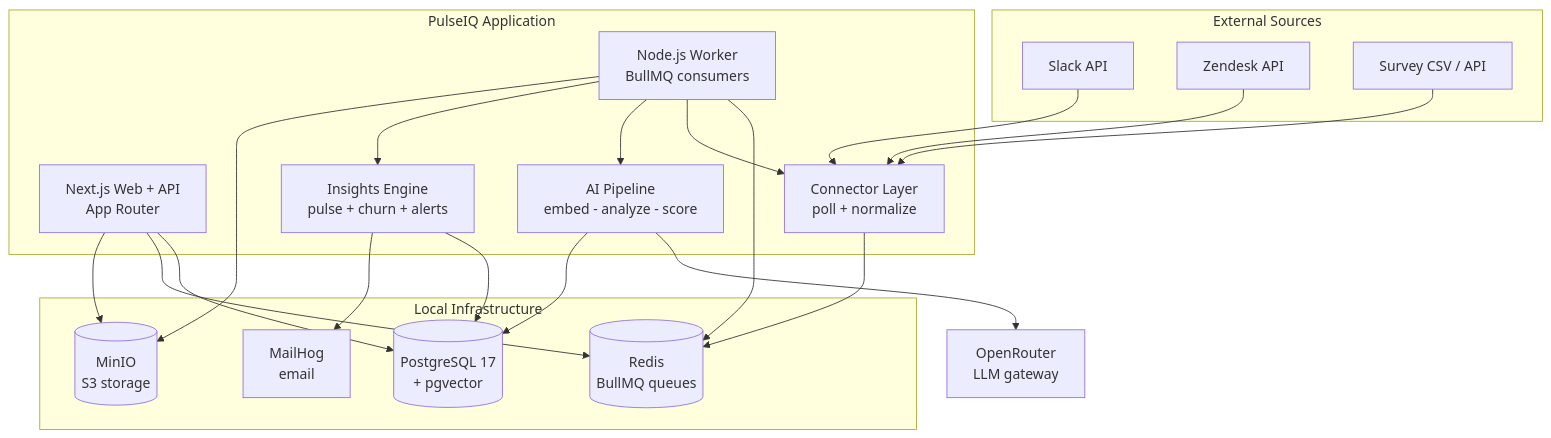
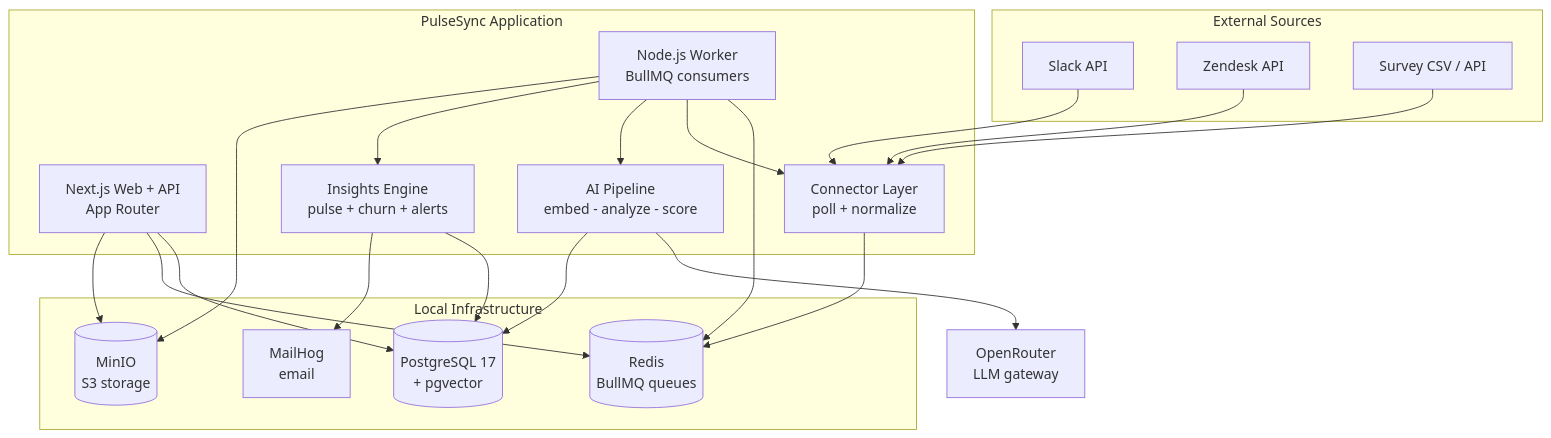
One commit to MajorAbdullah/pulse-sync changed the first of 3 diagrams in docs/03-application-design.md. Above: the diagram before and after it, drawn with Mermaid. The commit also changed other lines of this file and 13 other files, not shown here.

First line of the commit message:
refactor: rebrand PulseIQ → PulseSync

````diff
--- a/docs/03-application-design.md
+++ b/docs/03-application-design.md
@@ -18,42 +18,42 @@
 ```mermaid
 flowchart TB
     subgraph EXT[External Sources]
         SLACK[Slack API]
         ZEN[Zendesk API]
         SURV[Survey CSV / API]
     end
 
-    subgraph APP[PulseIQ Application]
+    subgraph APP[PulseSync Application]
         WEB[Next.js Web + API<br/>App Router]
         WORKER[Node.js Worker<br/>BullMQ consumers]
         CONN[Connector Layer<br/>poll + normalize]
         AIPIPE[AI Pipeline<br/>embed - analyze - score]
         INSIGHTS[Insights Engine<br/>pulse + churn + alerts]
     end
 
     subgraph INFRA[Local Infrastructure]
         PG[(PostgreSQL 17<br/>+ pgvector)]
         REDIS[(Redis<br/>BullMQ queues)]
         MINIO[(MinIO<br/>S3 storage)]
         MAIL[MailHog<br/>email]
     end
 
     OR[OpenRouter<br/>LLM gateway]
 
     SLACK --> CONN
     ZEN --> CONN
     SURV --> CONN
     CONN --> REDIS
     WORKER --> REDIS
     WORKER --> CONN
     WORKER --> AIPIPE
     AIPIPE --> OR
     AIPIPE --> PG
     WORKER --> INSIGHTS
     INSIGHTS --> PG
     INSIGHTS --> MAIL
     WEB --> PG
     WEB --> REDIS
     WEB --> MINIO
     WORKER --> MINIO
 ```
````
